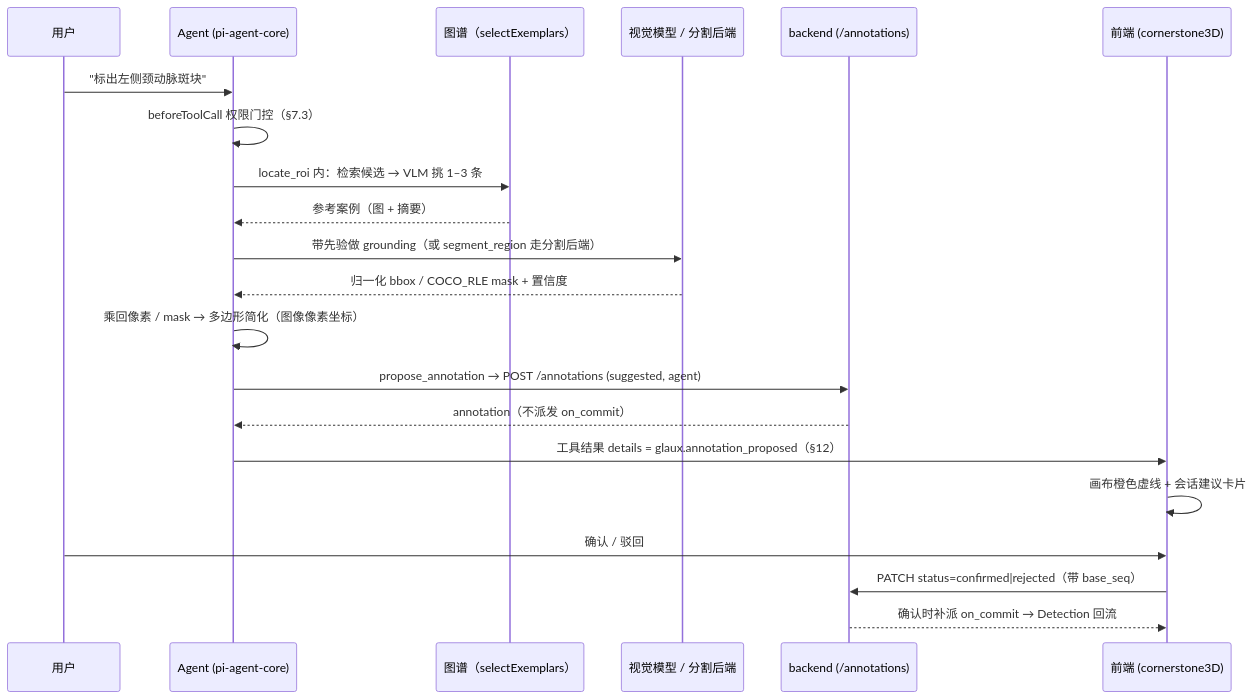
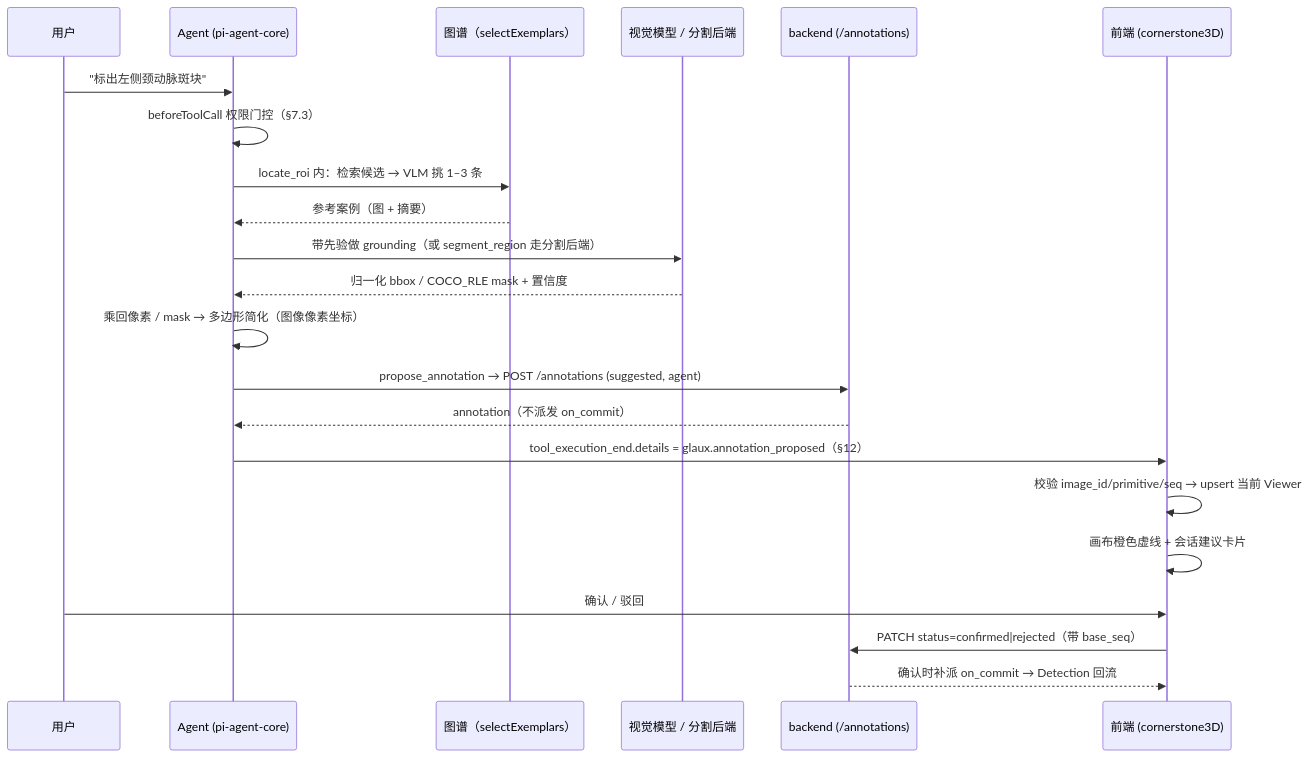
One commit to zhentai-sn/open-glaux changed the first of 2 diagrams in docs/sdd/feats/02-agent-image-annotation/README.md. Above: the diagram before and after it, drawn with Mermaid. The commit also changed other lines of this file and 7 other files, not shown here.

````diff
--- a/docs/sdd/feats/02-agent-image-annotation/README.md
+++ b/docs/sdd/feats/02-agent-image-annotation/README.md
@@ -110,24 +114,25 @@
 ```mermaid
 sequenceDiagram
     participant U as 用户
     participant A as Agent (pi-agent-core)
     participant X as 图谱（selectExemplars）
     participant M as 视觉模型 / 分割后端
     participant B as backend (/annotations)
     participant F as 前端 (cornerstone3D)
 
     U->>A: "标出左侧颈动脉斑块"
     A->>A: beforeToolCall 权限门控（§7.3）
     A->>X: locate_roi 内：检索候选 → VLM 挑 1–3 条
     X-->>A: 参考案例（图 + 摘要）
     A->>M: 带先验做 grounding（或 segment_region 走分割后端）
     M-->>A: 归一化 bbox / COCO_RLE mask + 置信度
     A->>A: 乘回像素 / mask → 多边形简化（图像像素坐标）
     A->>B: propose_annotation → POST /annotations (suggested, agent)
     B-->>A: annotation（不派发 on_commit）
-    A->>F: 工具结果 details = glaux.annotation_proposed（§12）
+    A->>F: tool_execution_end.details = glaux.annotation_proposed（§12）
+    F->>F: 校验 image_id/primitive/seq → upsert 当前 Viewer
     F->>F: 画布橙色虚线 + 会话建议卡片
     U->>F: 确认 / 驳回
     F->>B: PATCH status=confirmed|rejected（带 base_seq）
     B-->>F: 确认时补派 on_commit → Detection 回流
 ```
````
